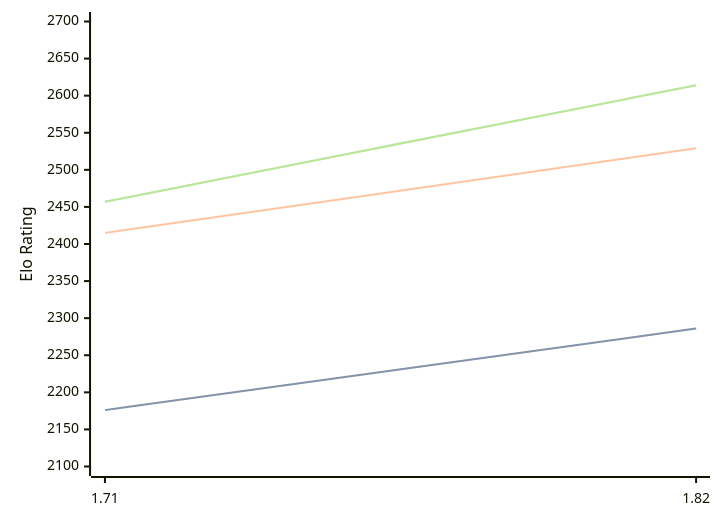
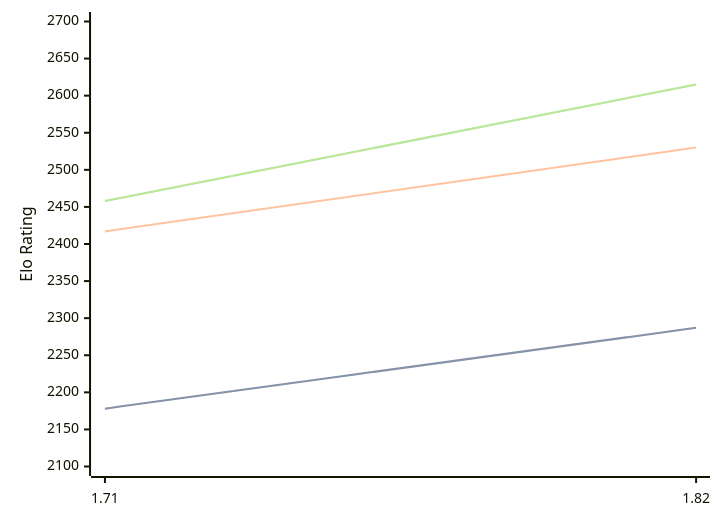
Before and after one commit to computer-chess-index/cci: the diagram in engines/Amira.md, drawn with Mermaid. The commit also changed other lines of this file, not shown here.

Commit message:
Update CCI Ratings (ELO VLTC) - 2026-08-15

````diff
--- a/engines/Amira.md
+++ b/engines/Amira.md
@@ -32,11 +32,11 @@
 ```mermaid
 %%{init: {"theme":"base","themeVariables":{"seriesColors:['#a3a3a3','#222221','#faa371']}}}%%
 xychart-beta
   x-axis ["1.71", "1.82"]
   y-axis "Elo Rating" 2100 --> 2700
-  line "STC (8.0+0.08s)" [2176, 2286]
-  line "STC (8.0+0.08s)" [2176, 2286]
-  line "LTC (60.0+0.60s)" [2415, 2529]
-  line "VLTC (2m24s+1.12s)" [2457, 2614]
-  line "VLTC (2m24s+1.12s)" [2457, 2614]
+  line "STC (8.0+0.08s)" [2178, 2287]
+  line "STC (8.0+0.08s)" [2178, 2287]
+  line "LTC (60.0+0.60s)" [2417, 2530]
+  line "VLTC (2m24s+1.12s)" [2458, 2615]
+  line "VLTC (2m24s+1.12s)" [2458, 2615]
 ```
````
